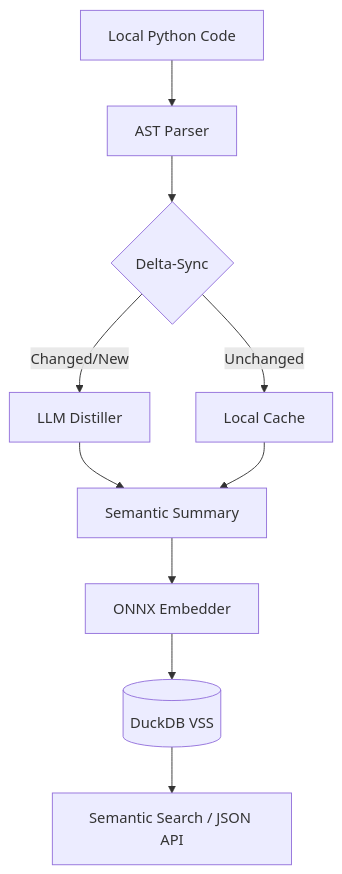
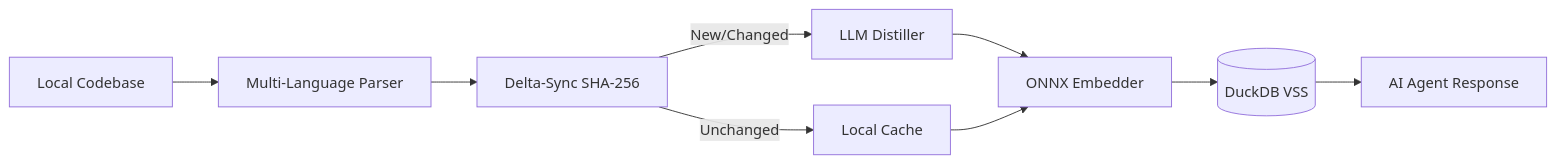
The diagram in README.md (naranor/agent-coderag), drawn with Mermaid before and after one commit. The commit also changed other lines of this file, not shown here.

````diff
--- a/README.md
+++ b/README.md
@@ -88,12 +89,11 @@
 ```mermaid
-graph TD
-    A[Local Python Code] --> B[AST Parser]
-    B --> C{Delta-Sync}
-    C -- Changed/New --> D[LLM Distiller]
-    C -- Unchanged --> E[Local Cache]
-    D --> F[Semantic Summary]
-    E --> F
-    F --> G[ONNX Embedder]
-    G --> H[(DuckDB VSS)]
-    H --> I[Semantic Search / JSON API]
+graph LR
+    Code[Local Codebase] --> Parser[Multi-Language Parser]
+    Parser --> Delta[Delta-Sync SHA-256]
+    Delta -- New/Changed --> Distill[LLM Distiller]
+    Delta -- Unchanged --> Cache[Local Cache]
+    Distill --> Embed[ONNX Embedder]
+    Cache --> Embed
+    Embed --> DuckDB[(DuckDB VSS)]
+    DuckDB --> Agent[AI Agent Response]
 ```
````
